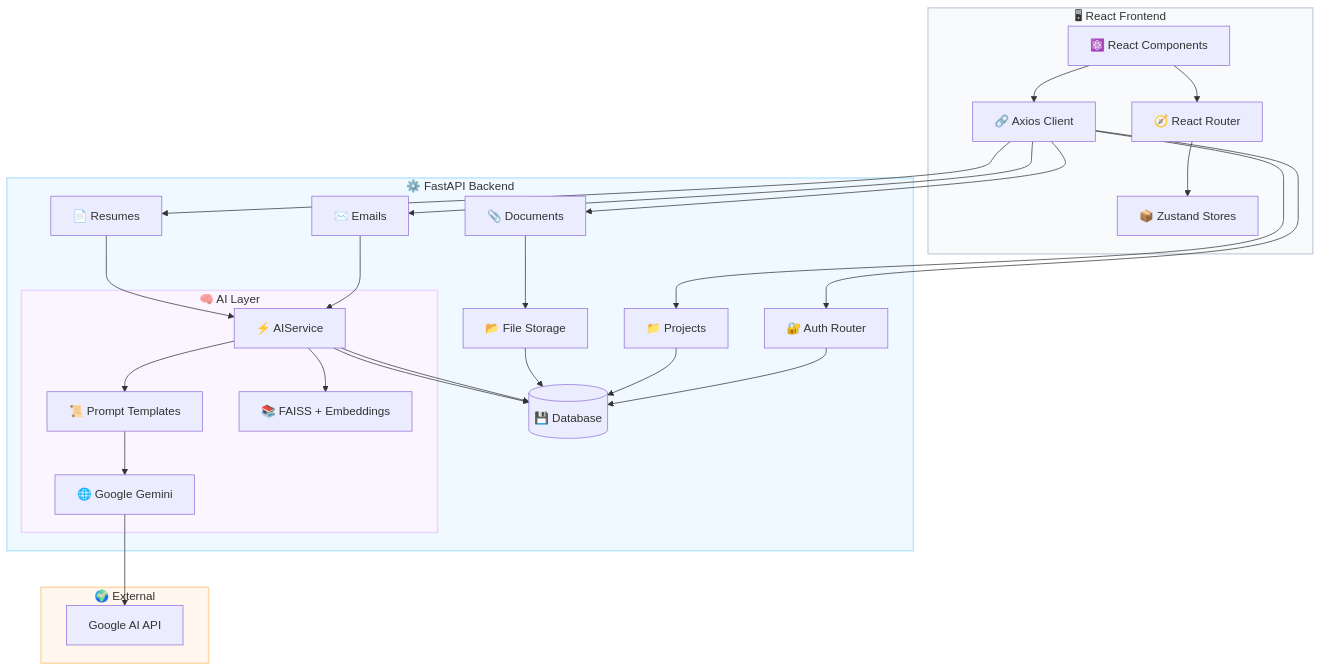
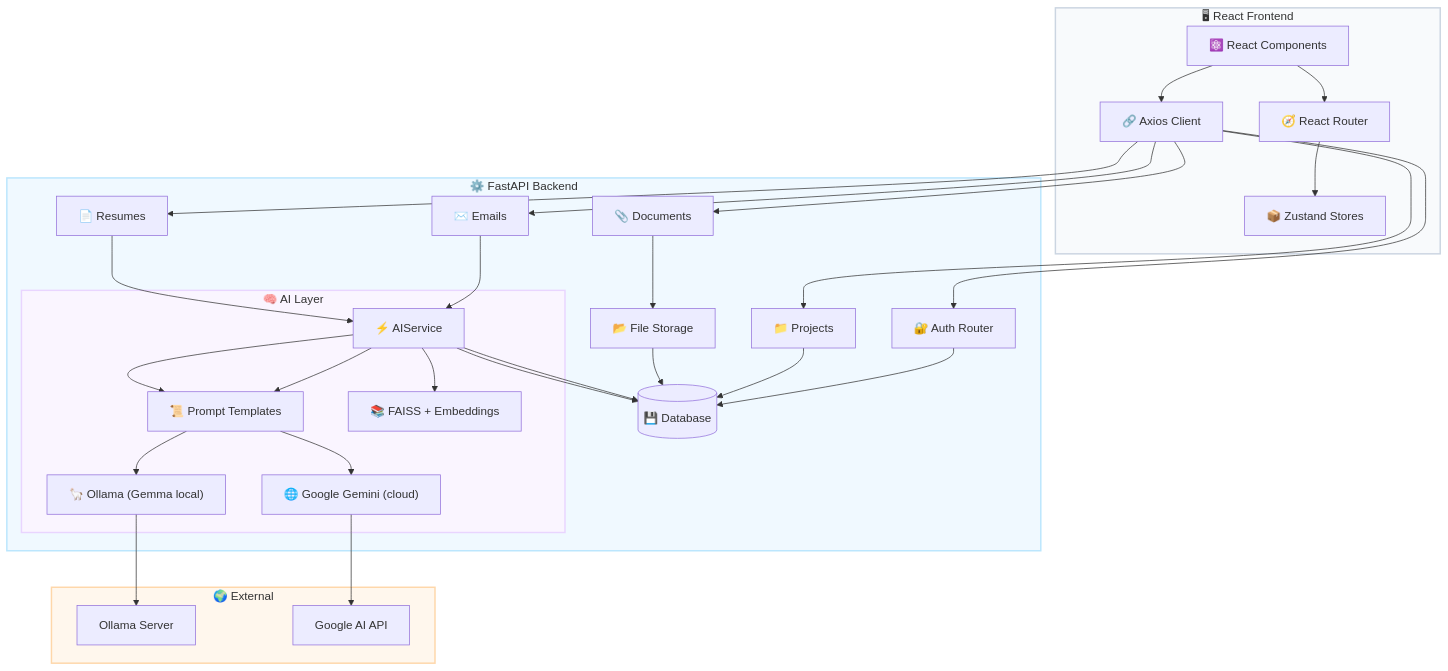
Before and after one commit to GaganCB2002/ColdForge: the first of 8 diagrams in README.md, drawn with Mermaid. The commit also changed other lines of this file and 48 other files, not shown here.

````diff
--- a/README.md
+++ b/README.md
@@ -55,46 +56,49 @@
 ```mermaid
 graph TB
     subgraph Frontend["🖥 React Frontend"]
         style Frontend fill:#F8FAFC,stroke:#CBD5E1,stroke-width:2
         UI[⚛️ React Components]
         ZS[📦 Zustand Stores]
         API[🔗 Axios Client]
         RR[🧭 React Router]
     end
 
     subgraph Backend["⚙️ FastAPI Backend"]
         style Backend fill:#F0F9FF,stroke:#BAE6FD,stroke-width:2
         Auth["🔐 Auth Router"]
         Projects["📁 Projects"]
         Emails["✉️ Emails"]
         Resumes["📄 Resumes"]
         Docs["📎 Documents"]
         
         subgraph AI["🧠 AI Layer"]
             style AI fill:#FAF5FF,stroke:#E9D5FF,stroke-width:2
             AIService["⚡ AIService"]
             Prompts["📜 Prompt Templates"]
-            Gemini["🌐 Google Gemini"]
+            Ollama["🦙 Ollama (Gemma local)"]
+            Gemini["🌐 Google Gemini (cloud)"]
             RAG["📚 FAISS + Embeddings"]
         end
         
         DB[(💾 Database)]
         FS["📂 File Storage"]
     end
 
     subgraph External["🌍 External"]
         style External fill:#FFF7ED,stroke:#FED7AA,stroke-width:2
+        OLL["Ollama Server"]
         GAPI["Google AI API"]
     end
 
     UI --> RR --> ZS
     UI --> API
     API --> Auth & Projects & Emails & Resumes & Docs
     Auth --> DB
     Projects --> DB
     Emails --> AIService --> DB
     Resumes --> AIService --> DB
     Docs --> FS --> DB
     AIService --> Prompts --> Gemini --> GAPI
+    AIService --> Prompts --> Ollama --> OLL
     AIService --> RAG
 ```
````
